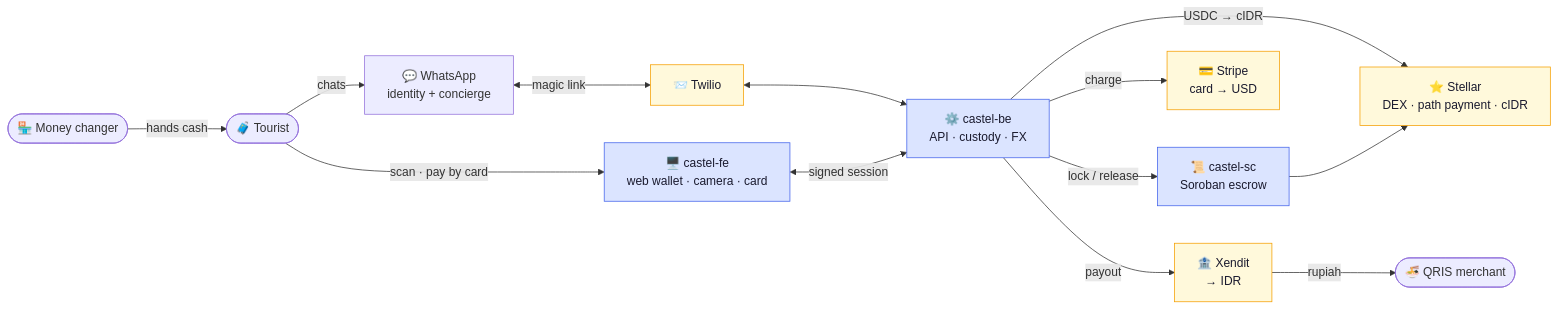
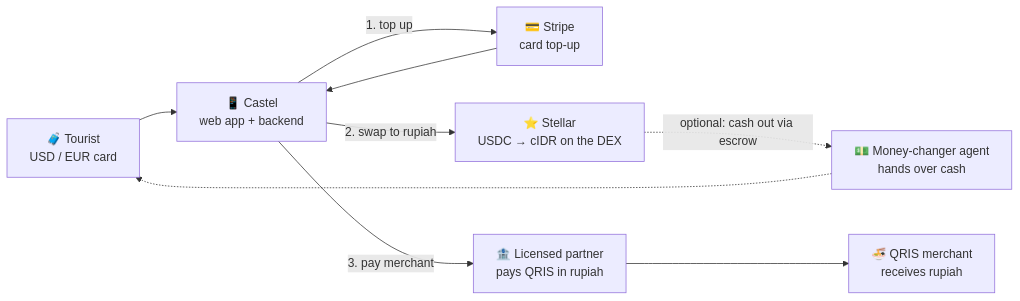
The first of 5 diagrams in profile/README.md (CastelPay/.github), drawn with Mermaid before and after one commit. The commit also changed other lines of this file, not shown here.

Commit message:
Embed full architecture into the org overview (profile README)

````diff
--- a/profile/README.md
+++ b/profile/README.md
@@ -27,33 +53,18 @@
 ```mermaid
 flowchart LR
-    Tourist(["🧳 Tourist"])
-    Merchant(["🍜 QRIS merchant"])
-    Agent(["🏪 Money changer"])
+    T["🧳 Tourist<br/>USD / EUR card"]
+    APP["📱 Castel<br/>web app + backend"]
+    STRIPE["💳 Stripe<br/>card top-up"]
+    STELLAR["⭐ Stellar<br/>USDC → cIDR on the DEX"]
+    XENDIT["🏦 Licensed partner<br/>pays QRIS in rupiah"]
+    MERCHANT["🍜 QRIS merchant<br/>receives rupiah"]
+    AGENT["💵 Money-changer agent<br/>hands over cash"]
 
-    WA["💬 WhatsApp<br/>identity + concierge"]
-    FE["🖥️ castel-fe<br/>web wallet · camera · card"]
-    BE["⚙️ castel-be<br/>API · custody · FX"]
-    SC["📜 castel-sc<br/>Soroban escrow"]
-
-    Twilio["📨 Twilio"]
-    Stripe["💳 Stripe<br/>card → USD"]
-    Xendit["🏦 Xendit<br/>→ IDR"]
-    Stellar["⭐ Stellar<br/>DEX · path payment · cIDR"]
-
-    Tourist -->|chats| WA
-    WA <-->|magic link| Twilio
-    Twilio <--> BE
-    Tourist -->|scan · pay by card| FE
-    FE <-->|signed session| BE
-
-    BE -->|charge| Stripe
-    BE -->|USDC → cIDR| Stellar
-    BE -->|lock / release| SC --> Stellar
-    BE -->|payout| Xendit -->|rupiah| Merchant
-    Agent -->|hands cash| Tourist
-
-    classDef castel fill:#dbe4ff,stroke:#4263eb,color:#1a1a2e;
-    classDef ext fill:#fff9db,stroke:#f59f00,color:#1a1a2e;
-    class FE,BE,SC castel;
-    class Twilio,Stripe,Xendit,Stellar ext;
+    T --> APP
+    APP -->|1. top up| STRIPE
+    STRIPE --> APP
+    APP -->|2. swap to rupiah| STELLAR
+    APP -->|3. pay merchant| XENDIT --> MERCHANT
+    STELLAR -.->|optional: cash out via escrow| AGENT
+    AGENT -.-> T
 ```
````
